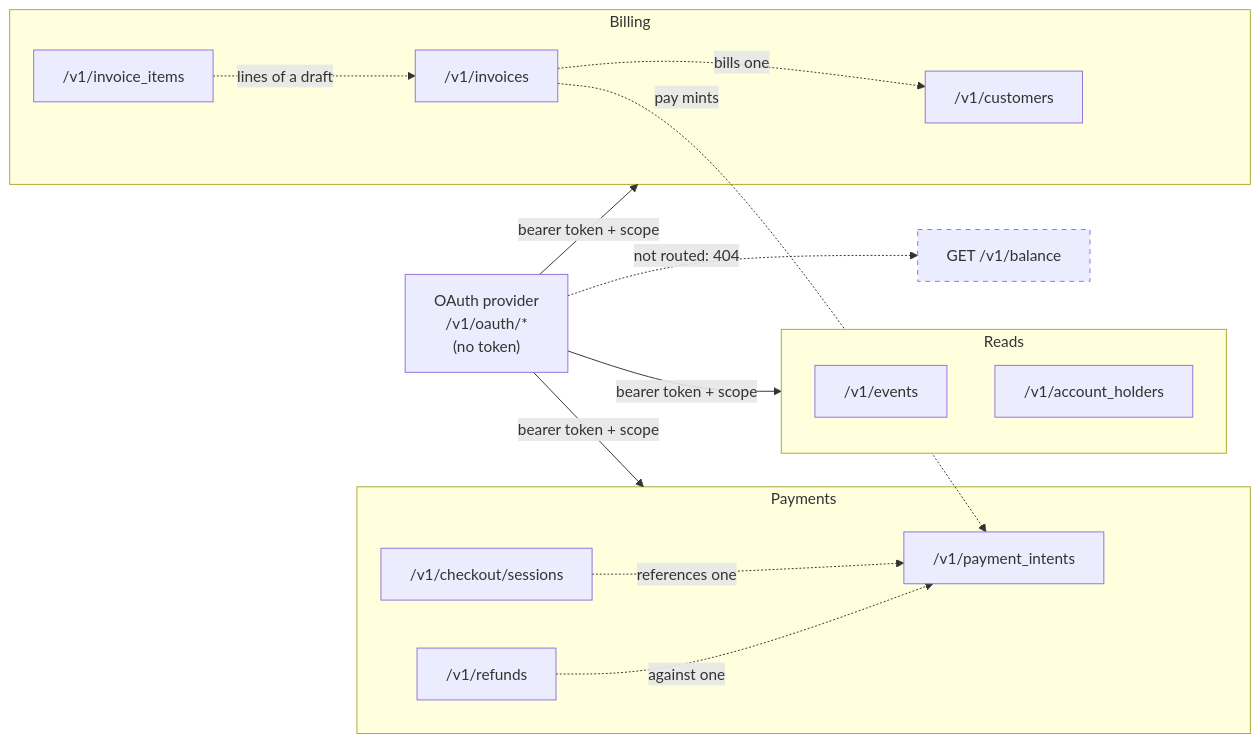
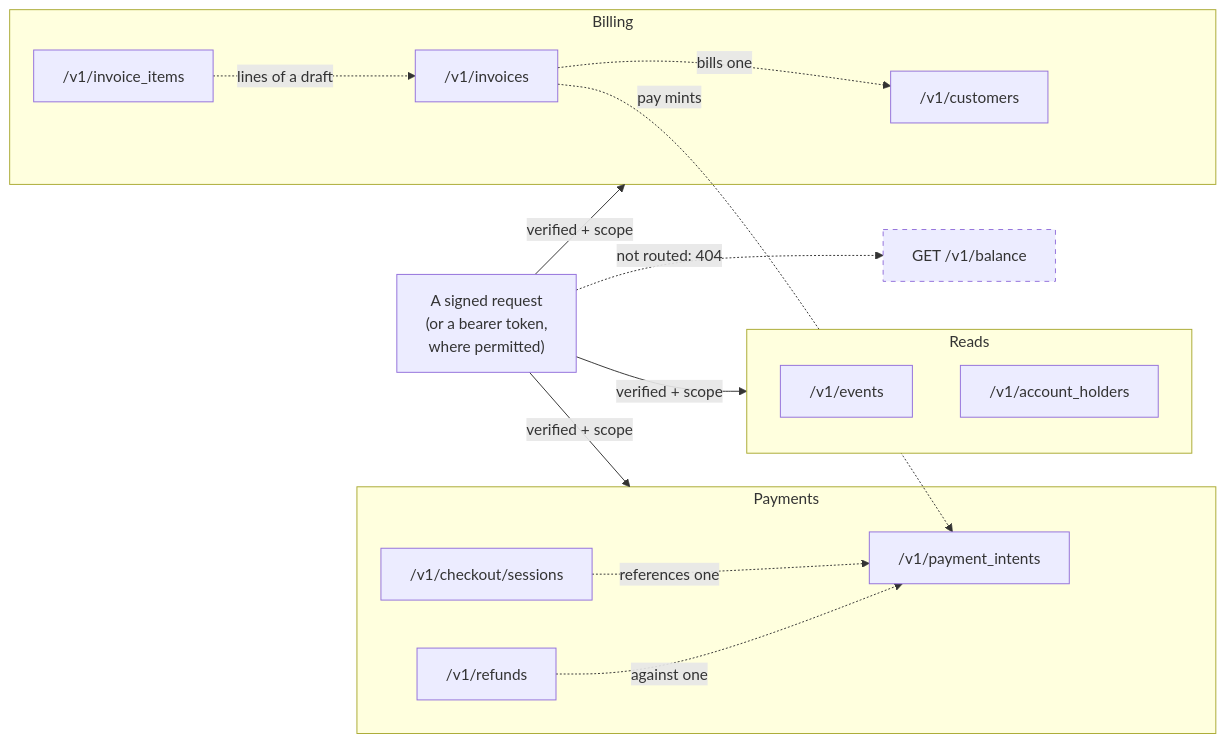
The first of 2 diagrams in docs/api/index.md (vaam-apps/vpay-docs), drawn with Mermaid before and after one commit. The commit also changed other lines of this file and 29 other files, not shown here.

````diff
--- a/docs/api/index.md
+++ b/docs/api/index.md
@@ -122,30 +135,30 @@
 ```mermaid
 flowchart LR
-  OP["OAuth provider<br/>/v1/oauth/*<br/>(no token)"]
+  OP["A signed request<br/>(or a bearer token,<br/>where permitted)"]
   subgraph Payments
     PI["/v1/payment_intents"]
     CS["/v1/checkout/sessions"]
     RF["/v1/refunds"]
   end
   subgraph Billing
     CU["/v1/customers"]
     IN["/v1/invoices"]
     II["/v1/invoice_items"]
   end
   subgraph Reads
     EV["/v1/events"]
     AH["/v1/account_holders"]
   end
   BAL["GET /v1/balance"]
-  OP -- "bearer token + scope" --> Payments
-  OP -- "bearer token + scope" --> Billing
-  OP -- "bearer token + scope" --> Reads
+  OP -- "verified + scope" --> Payments
+  OP -- "verified + scope" --> Billing
+  OP -- "verified + scope" --> Reads
   CS -. "references one" .-> PI
   RF -. "against one" .-> PI
   IN -. "bills one" .-> CU
   II -. "lines of a draft" .-> IN
   IN -. "pay mints" .-> PI
   BAL:::gone
   classDef gone stroke-dasharray: 5 5
   OP -. "not routed: 404" .-> BAL
 ```
````
